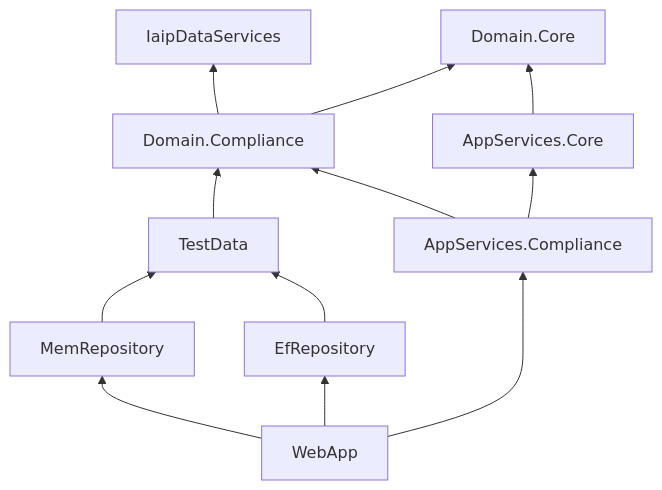
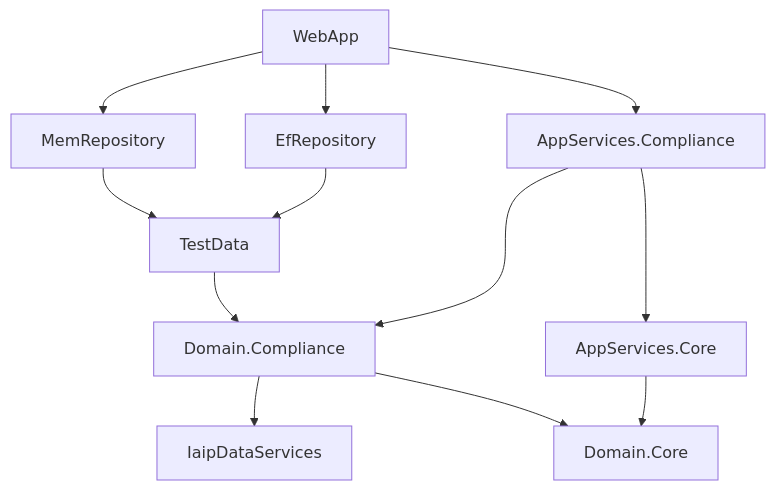
Before and after one commit to gaepdit/air-web: the first of 6 diagrams in README.md, drawn with Mermaid.

Commit message:
Update project flow chart in readme

````diff
--- a/README.md
+++ b/README.md
@@ -74,16 +74,16 @@
 ```mermaid
-flowchart BT
+flowchart TB
     I[IaipDataServices]
     DR[Domain.Core]
     DC[Domain.Compliance] --> I
     DC --> DR
     AR[AppServices.Core] --> DR
-    AC[AppServices.Compliance] --> DC
+    AC[AppServices.Compliance] ---> DC
     AC --> AR
     T[TestData] --> DC
     E[EfRepository] --> T
     M[MemRepository] --> T
     W[WebApp] --> M
     W --> E
     W --> AC
 ```
````
